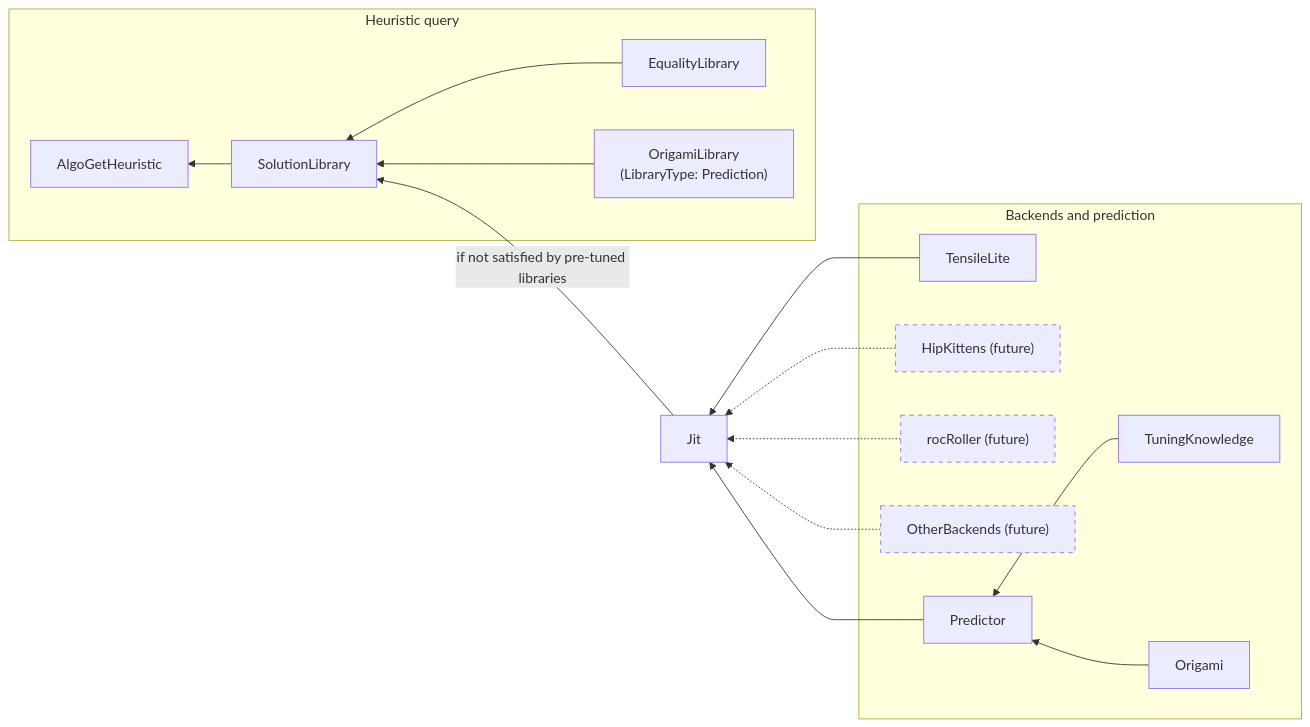
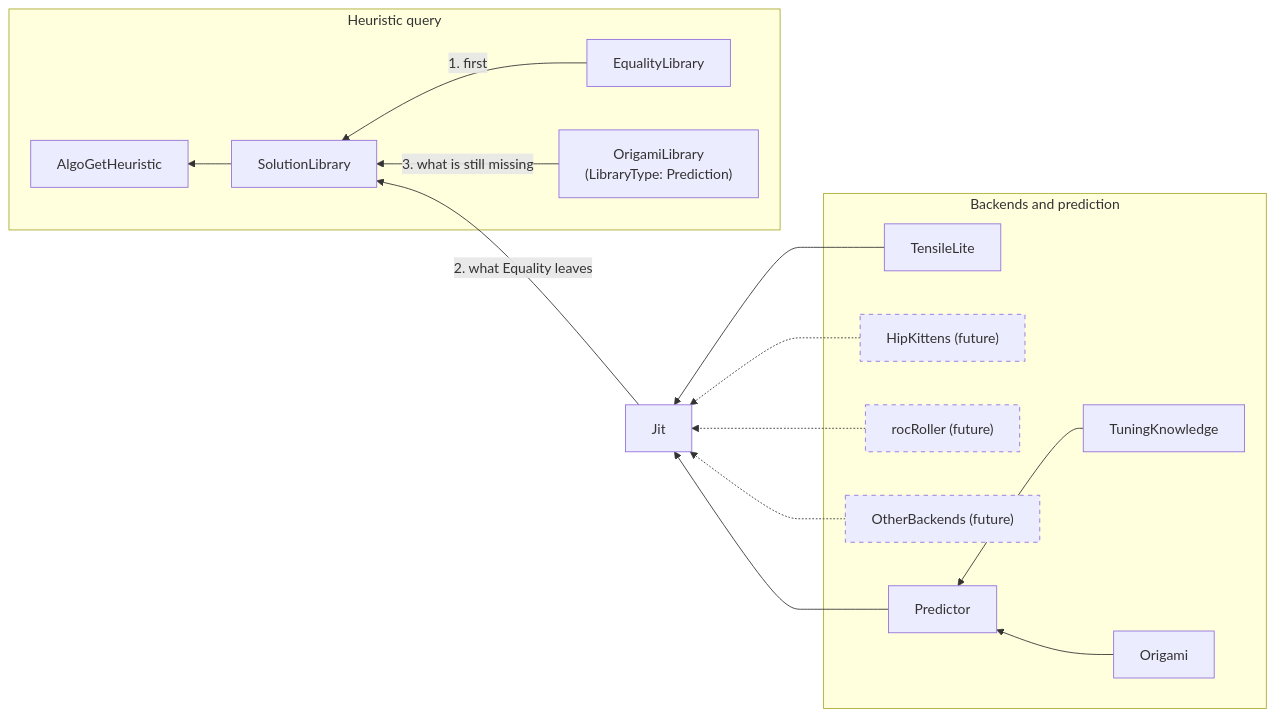
One commit to ROCm/rocm-libraries changed the diagram in projects/hipblaslt/JIT.md. Above: the diagram before and after it, drawn with Mermaid. The commit also changed other lines of this file and 4 other files, not shown here.

First line of the commit message:
docs(hipblaslt): describe JIT between the Equality results and the other providers

````diff
--- a/projects/hipblaslt/JIT.md
+++ b/projects/hipblaslt/JIT.md
@@ -512,36 +528,36 @@
 ```mermaid
 flowchart RL
     subgraph heuristic["Heuristic query"]
         AlgoGetHeuristic["AlgoGetHeuristic"]
         SolutionLibrary["SolutionLibrary"]
         EqualityLibrary["EqualityLibrary"]
         OrigamiLibrary["OrigamiLibrary<br/>(LibraryType: Prediction)"]
     end
 
     Jit["Jit"]
 
     subgraph generation["Backends and prediction"]
         TensileLite["TensileLite"]
         HipKittens["HipKittens (future)"]
         rocRoller["rocRoller (future)"]
         OtherBackends["OtherBackends (future)"]
         Predictor["Predictor"]
         TuningKnowledge["TuningKnowledge"]
         Origami["Origami"]
     end
 
-    EqualityLibrary --> SolutionLibrary
-    OrigamiLibrary --> SolutionLibrary
+    EqualityLibrary -- "1. first" --> SolutionLibrary
+    Jit -- "2. what Equality leaves" --> SolutionLibrary
+    OrigamiLibrary -- "3. what is still missing" --> SolutionLibrary
     SolutionLibrary --> AlgoGetHeuristic
-    Jit -- "if not satisfied by pre-tuned libraries" --> SolutionLibrary
     TensileLite --> Jit
     HipKittens -.-> Jit
     rocRoller -.-> Jit
     OtherBackends -.-> Jit
     Predictor --> Jit
     TuningKnowledge --> Predictor
     Origami --> Predictor
 
     classDef future stroke-dasharray: 5 5
     class HipKittens,rocRoller,OtherBackends future
 ```
````
